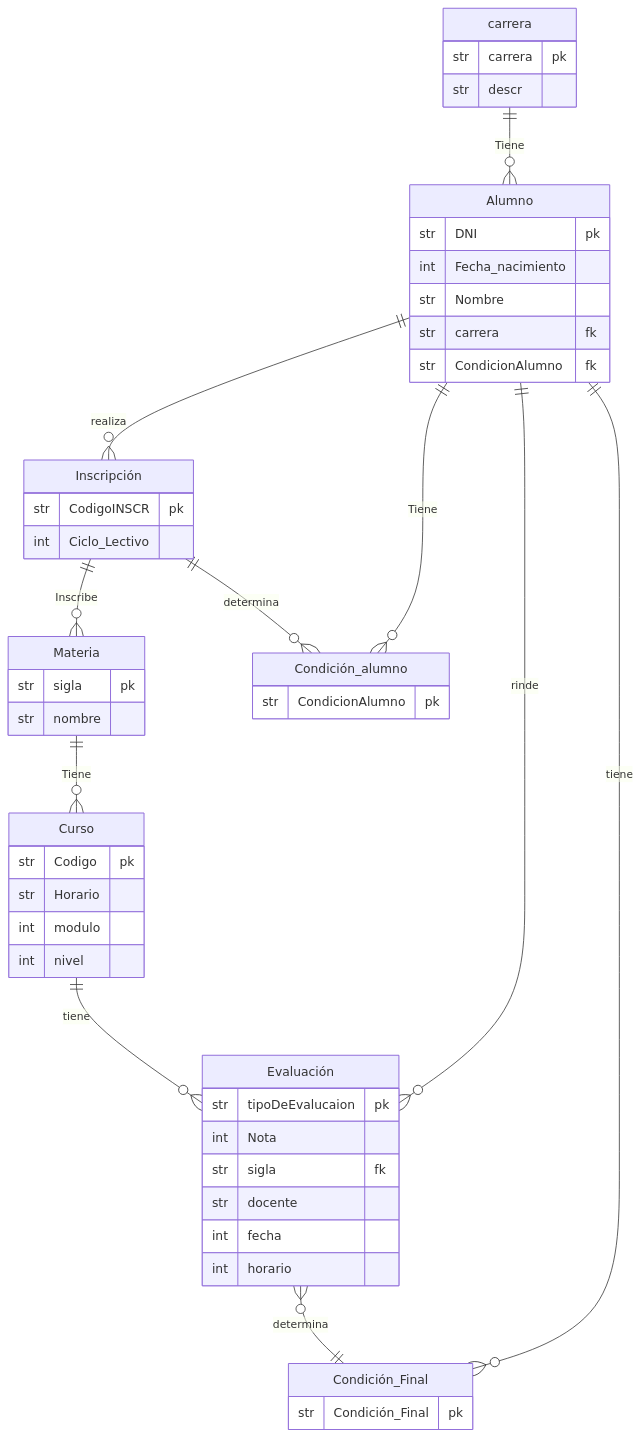
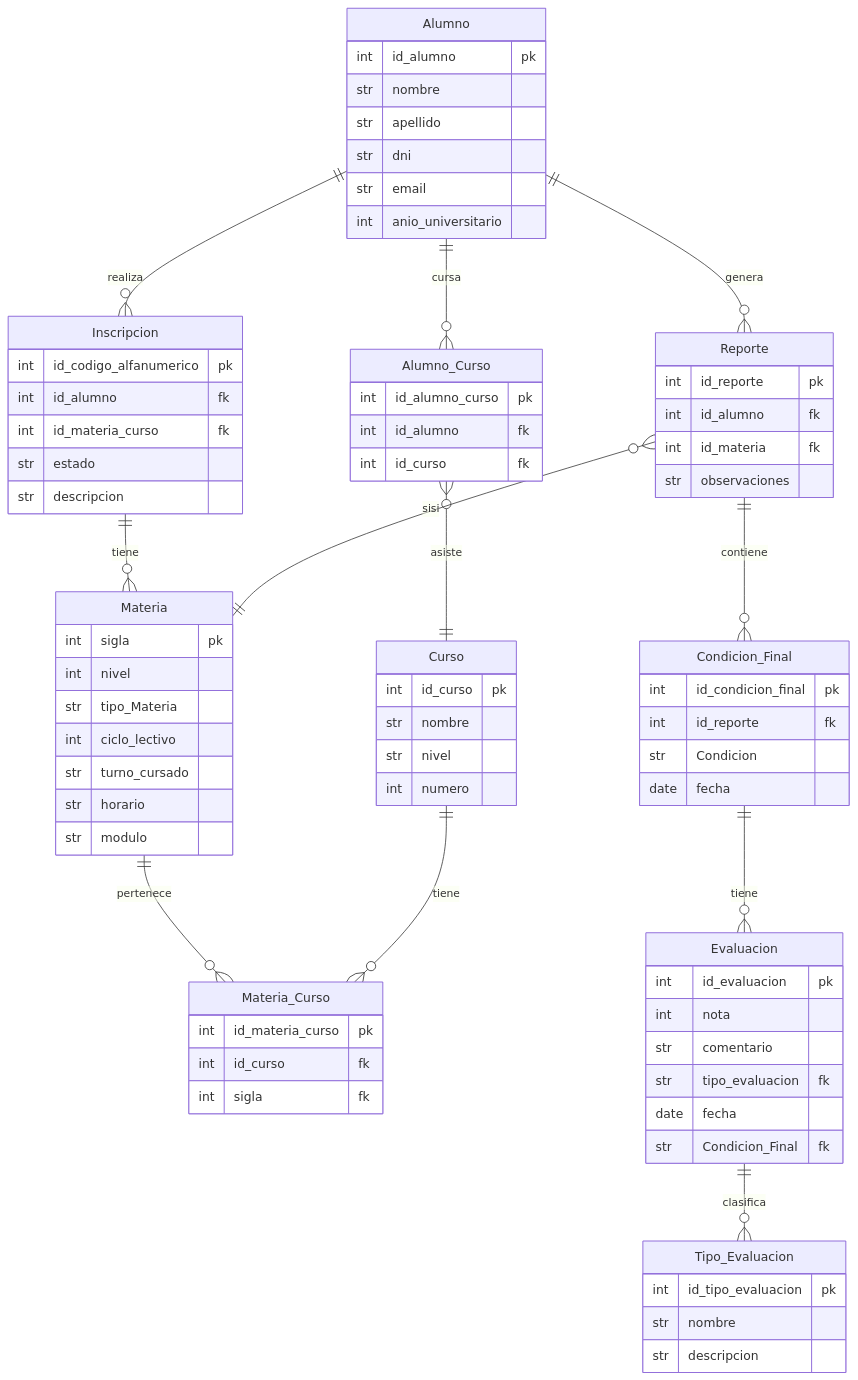
One commit to Villada-PG3/trabajo-practico-integrador-universidad-tecnologica-nacional changed the diagram in docs/BD_real.mermaid. Above: the diagram before and after it, drawn with Mermaid.

Commit message:
Segunda_prueba

```diff
--- a/docs/BD_real.mermaid
+++ b/docs/BD_real.mermaid
@@ -1,53 +1,79 @@
 erDiagram
-carrera{
-    str carrera pk
-    str descr
-}
-Alumno{
-    str DNI pk
-    int Fecha_nacimiento
-    str Nombre
-    str carrera fk
-    str CondicionAlumno fk
-}
-Materia{
-    str sigla pk
-    str nombre
-}
-Curso{
-    str Codigo pk
-    str Horario
-    int modulo
-    int nivel
-}
-Condición_alumno{
-    str CondicionAlumno pk
-}
+    Alumno{
+        int id_alumno pk
+        str nombre
+        str apellido
+        str dni
+        str email
+        int anio_universitario
+    }
+    Materia{
+        int sigla pk
+        int nivel
+        str tipo_Materia
+        int ciclo_lectivo
+        str turno_cursado
+        str horario
+        str modulo
 
-Inscripción{
-    str CodigoINSCR pk
-    int Ciclo_Lectivo
-}
-Evaluación{
-    str tipoDeEvalucaion pk
-    int Nota
-    str sigla fk
-    str docente
-    int fecha
-    int horario
-}
-Condición_Final{
-    str Condición_Final pk
-}
+    }
+    Curso{
+        int id_curso pk
+        str nombre
+        str nivel
+        int numero
+    }
+    Materia_Curso{
+        int id_materia_curso pk
+        int id_curso fk
+        int sigla fk
+    }
+    Inscripcion{
+        int id_codigo_alfanumerico pk
+        int id_alumno fk
+        int id_materia_curso fk
+        str estado
+        str descripcion
+    }
+    Alumno_Curso{
+        int id_alumno_curso pk
+        int id_alumno fk
+        int id_curso fk
+    }
+    Evaluacion{
+        int id_evaluacion pk
+        int nota
+        str comentario
+        str tipo_evaluacion fk
+        date fecha
+        str Condicion_Final fk
+    }
+    Tipo_Evaluacion{
+        int id_tipo_evaluacion pk
+        str nombre
+        str descripcion
+    }
+    Condicion_Final{
+        int id_condicion_final pk
+        int id_reporte fk
+        str Condicion
+        date fecha
+    }
+    Reporte{
+        int id_reporte pk
+        int id_alumno fk
+        int id_materia fk
+        str observaciones
+    }
 
-
-Alumno ||--o{ Inscripción : realiza
-Inscripción ||--o{ Materia : Inscribe
-Inscripción ||--o{ Condición_alumno : determina
-carrera ||--o{ Alumno: Tiene
-Materia ||--o{ Curso: Tiene
-Condición_alumno }o--|| Alumno: Tiene
-Curso ||--o{ Evaluación: tiene
-Alumno ||--o{ Evaluación: rinde
-Evaluación }o--|| Condición_Final: determina
-Alumno||--o{ Condición_Final: tiene
+    Alumno ||--o{ Inscripcion : realiza
+    Alumno ||--o{ Alumno_Curso : cursa
+    Alumno ||--o{ Reporte : genera
+    Inscripcion ||--o{ Materia : tiene
+    Materia ||--o{ Materia_Curso : pertenece
+    Curso ||--o{ Materia_Curso : tiene
+    Alumno_Curso }o--|| Curso : asiste
+    Reporte ||--o{ Condicion_Final : contiene
+    Reporte }o--|| Materia : sisi
+    Condicion_Final ||--o{ Evaluacion : tiene
+    Evaluacion ||--o{ Tipo_Evaluacion  : clasifica
```
